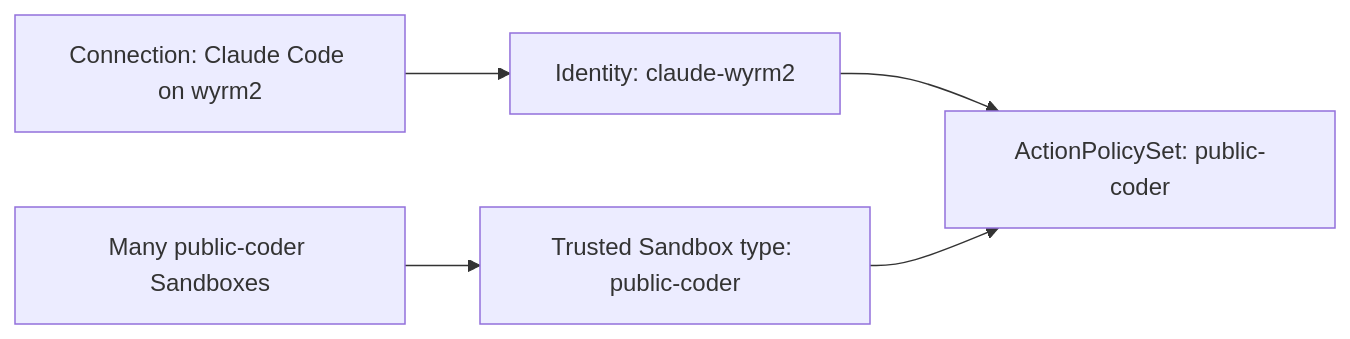
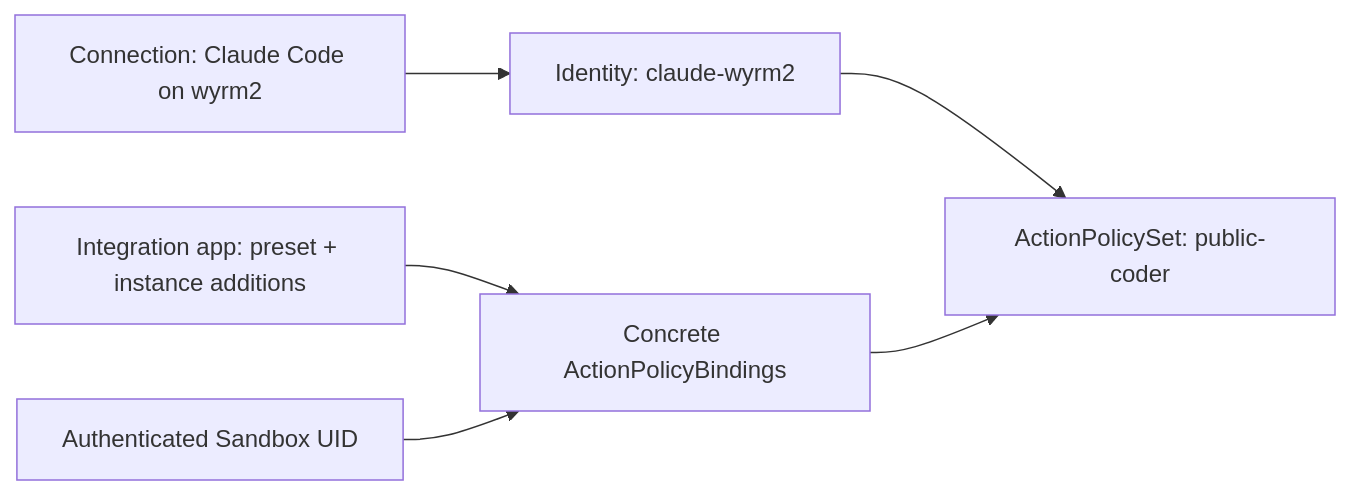
The diagram in x/agentplane/plans/action_policies.md (agentydragon-agent/ducktape), drawn with Mermaid before and after one commit. The commit also changed other lines of this file and 10 other files, not shown here.

````diff
--- a/x/agentplane/plans/action_policies.md
+++ b/x/agentplane/plans/action_policies.md
@@ -38,7 +40,8 @@
 ```mermaid
 flowchart LR
     C["Connection: Claude Code on wyrm2"] --> I["Identity: claude-wyrm2"]
     I --> P["ActionPolicySet: public-coder"]
-    S["Many public-coder Sandboxes"] --> T["Trusted Sandbox type: public-coder"]
-    T --> P
+    A["Integration app: preset + instance additions"] --> B["Concrete ActionPolicyBindings"]
+    S["Authenticated Sandbox UID"] --> B
+    B --> P
 ```
````
